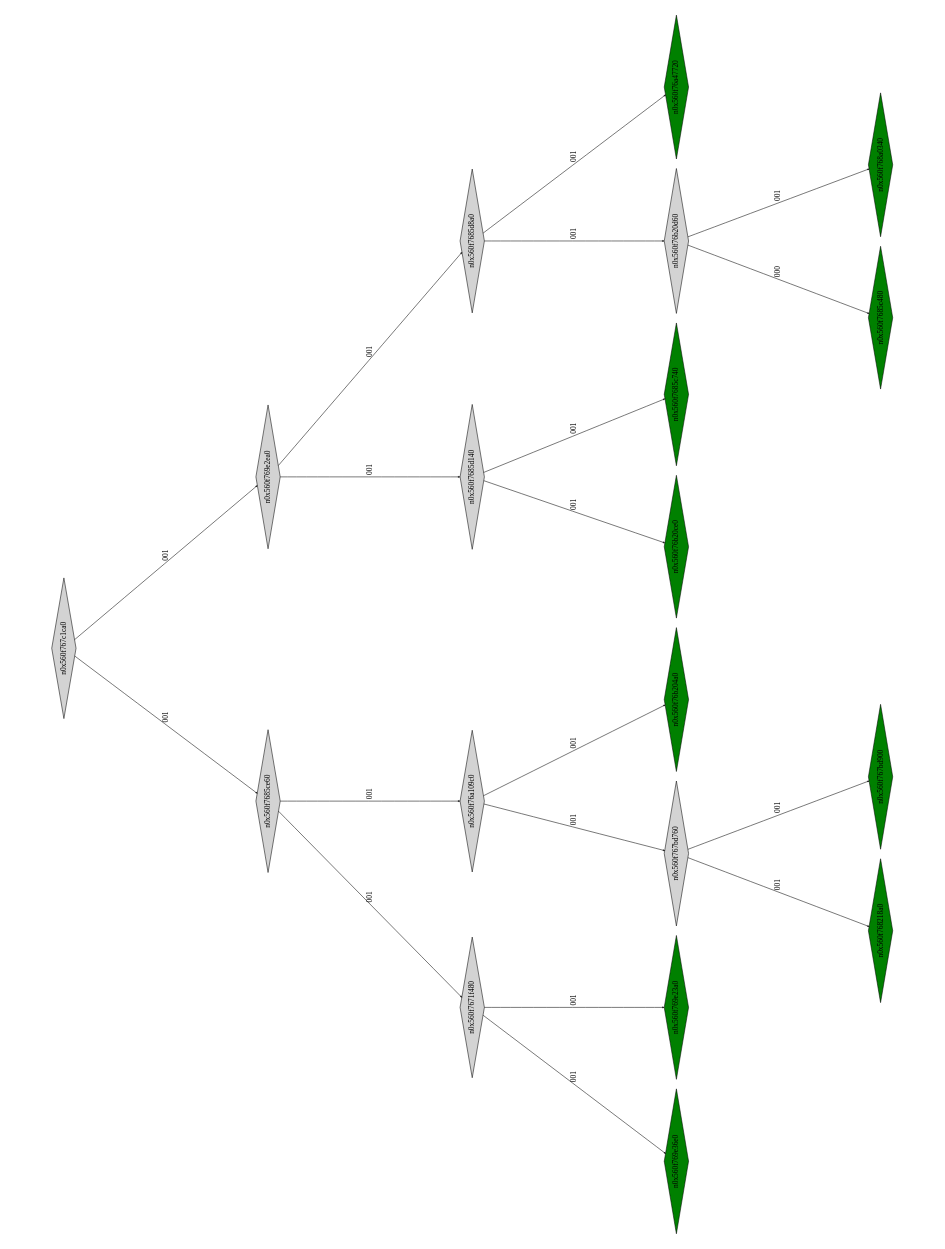
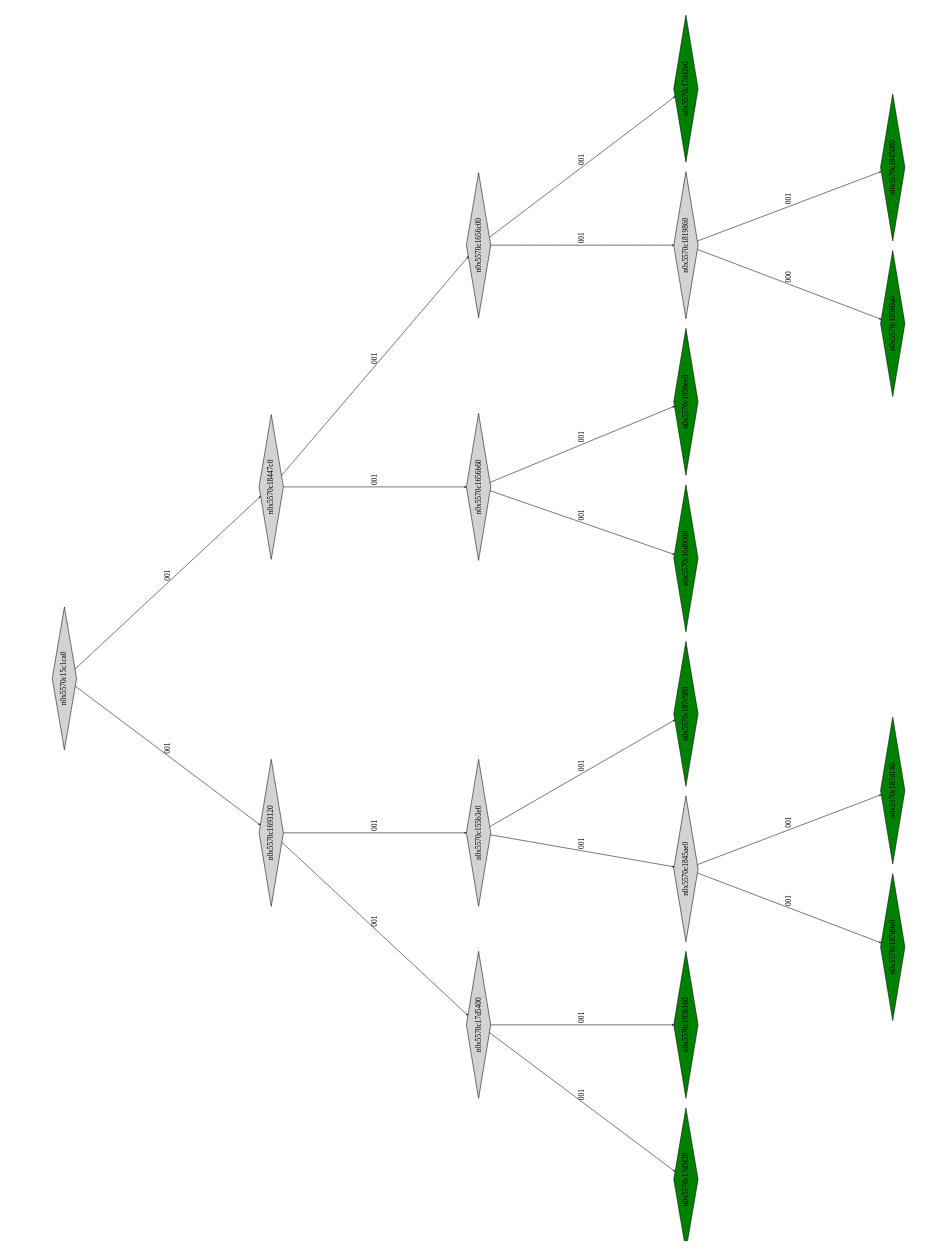
Before and after one commit to Research-Tools-PAVT/PSE-Program-Examples: the diagram in montyhall_klee_out/ptree_00001108.dot, drawn with Graphviz. The commit also changed 38 other files, not shown here.

```diff
--- a/montyhall_klee_out/ptree_00001108.dot
+++ b/montyhall_klee_out/ptree_00001108.dot
@@ -1,45 +1,45 @@
 digraph G {
 	size="10,7.5";
 	ratio=fill;
 	rotate=90;
 	center = "true";
 	node [style="filled",width=.1,height=.1,fontname="Terminus"]
 	edge [arrowsize=.3]
-	n0x560f767c1ca0 [shape=diamond];
-	n0x560f767c1ca0 -> n0x560f7685ce60 [label=001];
-	n0x560f767c1ca0 -> n0x560f769e2ea0 [label=001];
-	n0x560f769e2ea0 [shape=diamond];
-	n0x560f769e2ea0 -> n0x560f7685d140 [label=001];
-	n0x560f769e2ea0 -> n0x560f7685d8a0 [label=001];
-	n0x560f7685d8a0 [shape=diamond];
-	n0x560f7685d8a0 -> n0x560f76b20d60 [label=001];
-	n0x560f7685d8a0 -> n0x560f76a47720 [label=001];
-	n0x560f76a47720 [shape=diamond,fillcolor=green];
-	n0x560f76b20d60 [shape=diamond];
-	n0x560f76b20d60 -> n0x560f7685c480 [label=000];
-	n0x560f76b20d60 -> n0x560f768a0340 [label=001];
-	n0x560f768a0340 [shape=diamond,fillcolor=green];
-	n0x560f7685c480 [shape=diamond,fillcolor=green];
-	n0x560f7685d140 [shape=diamond];
-	n0x560f7685d140 -> n0x560f76b20ce0 [label=001];
-	n0x560f7685d140 -> n0x560f7685c740 [label=001];
-	n0x560f7685c740 [shape=diamond,fillcolor=green];
-	n0x560f76b20ce0 [shape=diamond,fillcolor=green];
-	n0x560f7685ce60 [shape=diamond];
-	n0x560f7685ce60 -> n0x560f7671f480 [label=001];
-	n0x560f7685ce60 -> n0x560f76a109c0 [label=001];
-	n0x560f76a109c0 [shape=diamond];
-	n0x560f76a109c0 -> n0x560f767bd760 [label=001];
-	n0x560f76a109c0 -> n0x560f76b204a0 [label=001];
-	n0x560f76b204a0 [shape=diamond,fillcolor=green];
-	n0x560f767bd760 [shape=diamond];
-	n0x560f767bd760 -> n0x560f768218a0 [label=001];
-	n0x560f767bd760 -> n0x560f767bd900 [label=001];
-	n0x560f767bd900 [shape=diamond,fillcolor=green];
-	n0x560f768218a0 [shape=diamond,fillcolor=green];
-	n0x560f7671f480 [shape=diamond];
-	n0x560f7671f480 -> n0x560f769e36e0 [label=001];
-	n0x560f7671f480 -> n0x560f769e23a0 [label=001];
-	n0x560f769e23a0 [shape=diamond,fillcolor=green];
-	n0x560f769e36e0 [shape=diamond,fillcolor=green];
+	n0x5570c15c1ca0 [shape=diamond];
+	n0x5570c15c1ca0 -> n0x5570c1693120 [label=001];
+	n0x5570c15c1ca0 -> n0x5570c18447c0 [label=001];
+	n0x5570c18447c0 [shape=diamond];
+	n0x5570c18447c0 -> n0x5570c1656b60 [label=001];
+	n0x5570c18447c0 -> n0x5570c1656c00 [label=001];
+	n0x5570c1656c00 [shape=diamond];
+	n0x5570c1656c00 -> n0x5570c1819860 [label=001];
+	n0x5570c1656c00 -> n0x5570c17d42e0 [label=001];
+	n0x5570c17d42e0 [shape=diamond,fillcolor=green];
+	n0x5570c1819860 [shape=diamond];
+	n0x5570c1819860 -> n0x5570c19560a0 [label=000];
+	n0x5570c1819860 -> n0x5570c1845080 [label=001];
+	n0x5570c1845080 [shape=diamond,fillcolor=green];
+	n0x5570c19560a0 [shape=diamond,fillcolor=green];
+	n0x5570c1656b60 [shape=diamond];
+	n0x5570c1656b60 -> n0x5570c16d6000 [label=001];
+	n0x5570c1656b60 -> n0x5570c1956ee0 [label=001];
+	n0x5570c1956ee0 [shape=diamond,fillcolor=green];
+	n0x5570c16d6000 [shape=diamond,fillcolor=green];
+	n0x5570c1693120 [shape=diamond];
+	n0x5570c1693120 -> n0x5570c17d5400 [label=001];
+	n0x5570c1693120 -> n0x5570c155b3e0 [label=001];
+	n0x5570c155b3e0 [shape=diamond];
+	n0x5570c155b3e0 -> n0x5570c1845ae0 [label=001];
+	n0x5570c155b3e0 -> n0x5570c187c980 [label=001];
+	n0x5570c187c980 [shape=diamond,fillcolor=green];
+	n0x5570c1845ae0 [shape=diamond];
+	n0x5570c1845ae0 -> n0x5570c187d0e0 [label=001];
+	n0x5570c1845ae0 -> n0x5570c187d140 [label=001];
+	n0x5570c187d140 [shape=diamond,fillcolor=green];
+	n0x5570c187d0e0 [shape=diamond,fillcolor=green];
+	n0x5570c17d5400 [shape=diamond];
+	n0x5570c17d5400 -> n0x5570c17d5f20 [label=001];
+	n0x5570c17d5400 -> n0x5570c1956160 [label=001];
+	n0x5570c1956160 [shape=diamond,fillcolor=green];
+	n0x5570c17d5f20 [shape=diamond,fillcolor=green];
 }
```
